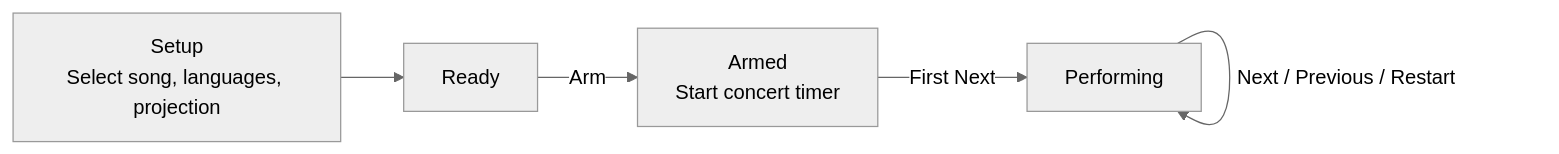
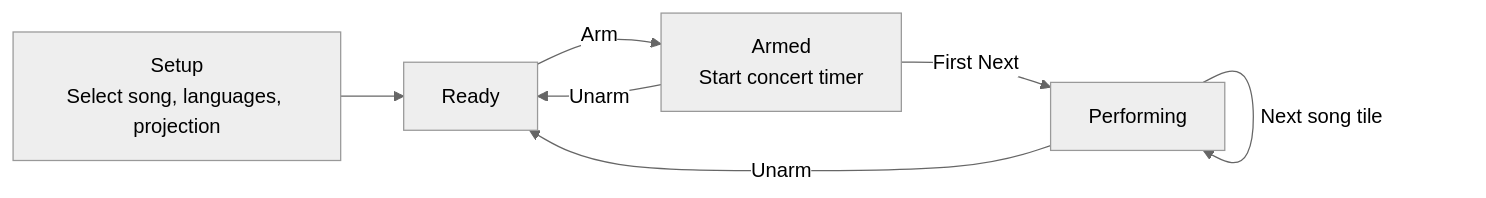
The first of 2 diagrams in README.md (jorgevallejos/live-lyric-translator), drawn with Mermaid (neutral theme) before and after one commit.

Commit message:
Refinement of state flow in  README.md

````diff
--- a/README.md
+++ b/README.md
@@ -138,10 +138,12 @@
 ```mermaid
 flowchart LR
 
 Setup["Setup\nSelect song, languages, projection"] --> Ready["Ready"]
 Ready -->|Arm| Armed["Armed\nStart concert timer"]
 Armed -->|First Next| Performing["Performing"]
 
 Performing -->|Next / Previous / Restart| Performing
-Performing
+Performing -->|Next song tile| Performing
+Performing -->|Unarm| Ready
+Armed -->|Unarm| Ready
 ```
````
